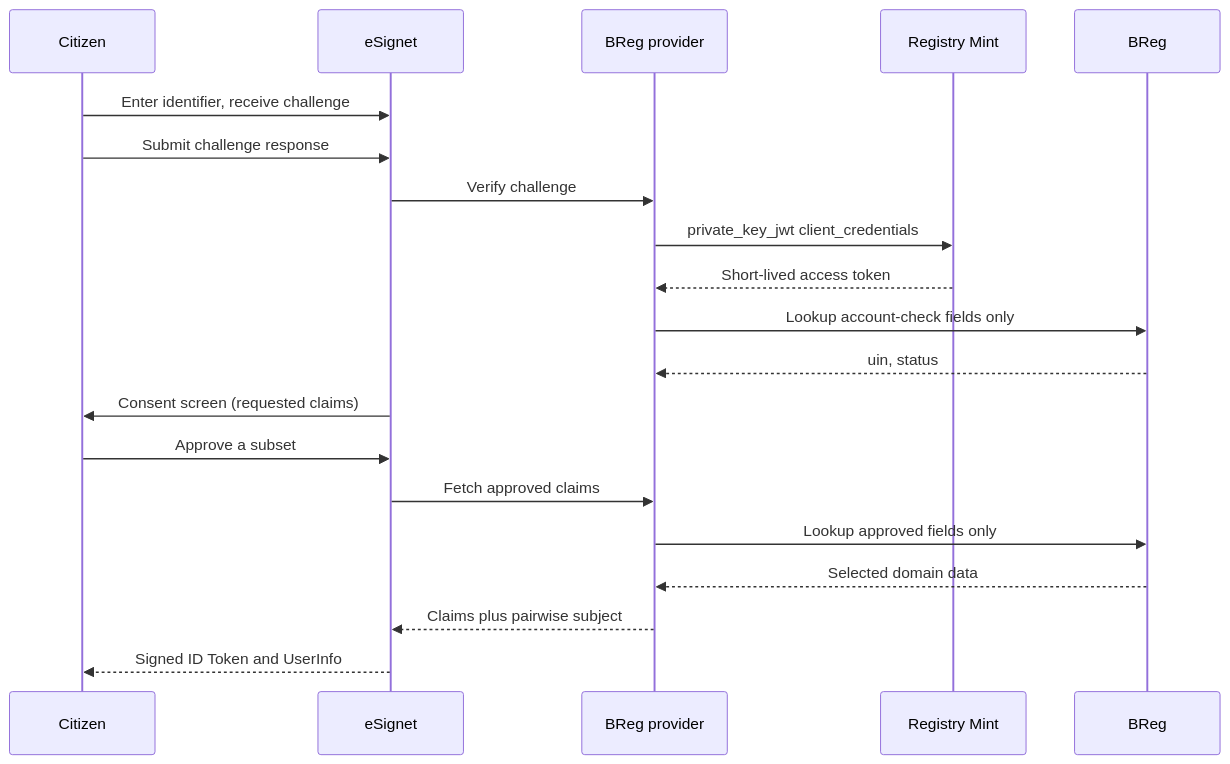
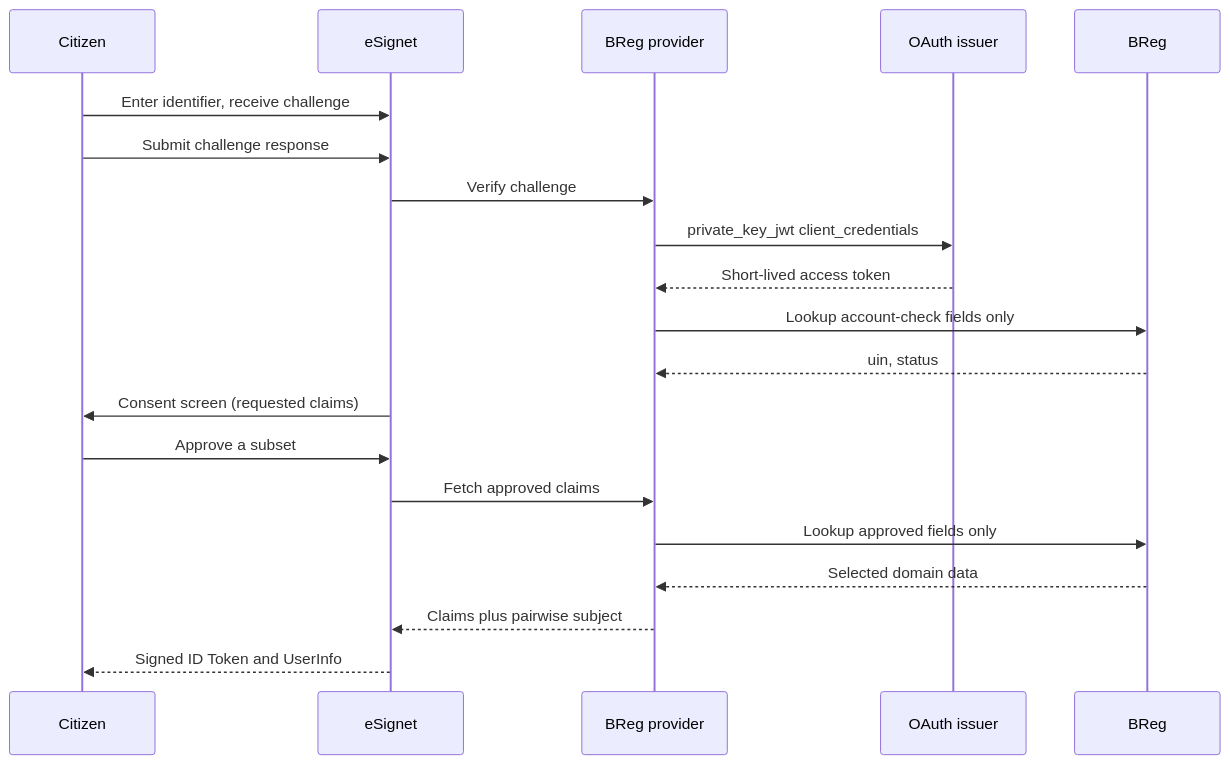
Before and after one commit to registrystack/registry-stack: the diagram in docs/site/src/content/docs/explanation/esignet-authentication-over-breg.mdx, drawn with Mermaid. The commit also changed other lines of this file and 81 other files, not shown here.

Commit message:
docs: retire current Registry Mint guidance

````diff
--- a/docs/site/src/content/docs/explanation/esignet-authentication-over-breg.mdx
+++ b/docs/site/src/content/docs/explanation/esignet-authentication-over-breg.mdx
@@ -58,23 +54,23 @@
 ```mermaid
 sequenceDiagram
     participant C as Citizen
     participant E as eSignet
     participant P as BReg provider
-    participant M as Registry Mint
+    participant I as OAuth issuer
     participant B as BReg
 
     C->>E: Enter identifier, receive challenge
     C->>E: Submit challenge response
     E->>P: Verify challenge
-    P->>M: private_key_jwt client_credentials
-    M-->>P: Short-lived access token
+    P->>I: private_key_jwt client_credentials
+    I-->>P: Short-lived access token
     P->>B: Lookup account-check fields only
     B-->>P: uin, status
     E->>C: Consent screen (requested claims)
     C->>E: Approve a subset
     E->>P: Fetch approved claims
     P->>B: Lookup approved fields only
     B-->>P: Selected domain data
     P-->>E: Claims plus pairwise subject
     E-->>C: Signed ID Token and UserInfo
 ```
````
